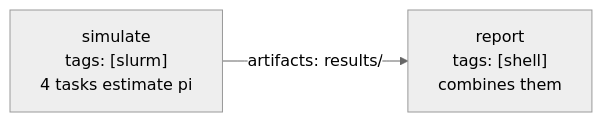
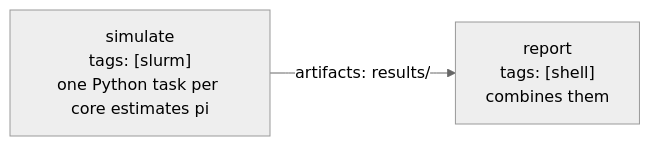
One commit to parallelworks/workflows changed the second of 3 diagrams in workflows/gitlab/tutorial/README.md. Above: the diagram before and after it, drawn with Mermaid (neutral theme). The commit also changed other lines of this file and 6 other files, not shown here.

````diff
--- a/workflows/gitlab/tutorial/README.md
+++ b/workflows/gitlab/tutorial/README.md
@@ -130,4 +162,4 @@
 ```mermaid
 flowchart LR
-    s["simulate<br/>tags: [slurm]<br/>4 tasks estimate pi"] -- "artifacts: results/" --> r["report<br/>tags: [shell]<br/>combines them"]
+    s["simulate<br/>tags: [slurm]<br/>one Python task per core estimates pi"] -- "artifacts: results/" --> r["report<br/>tags: [shell]<br/>combines them"]
 ```
````
